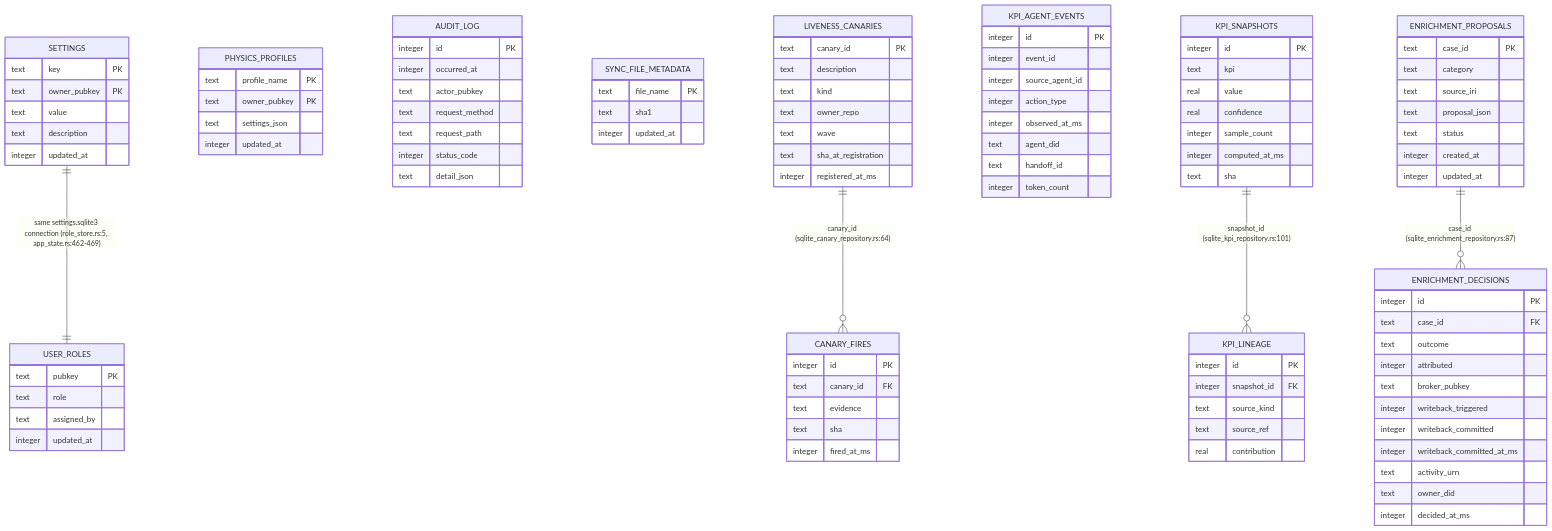
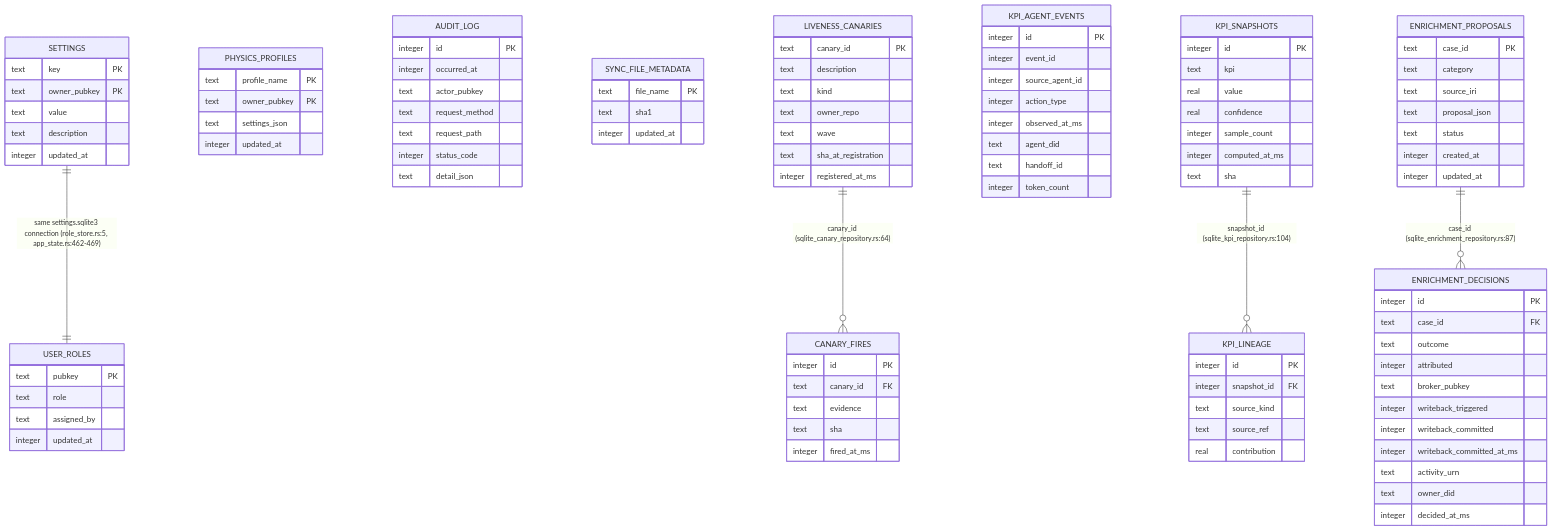
The second of 11 diagrams in docs/diagrams/visionclaw/22-data-authority-provenance-erasure.md (DreamLab-AI/VisionFlow), drawn with Mermaid before and after one commit. The commit also changed other lines of this file and 32 other files, not shown here.

````diff
--- a/docs/diagrams/visionclaw/22-data-authority-provenance-erasure.md
+++ b/docs/diagrams/visionclaw/22-data-authority-provenance-erasure.md
@@ -184,6 +186,6 @@
 
     ENRICHMENT_PROPOSALS ||--o{ ENRICHMENT_DECISIONS : "case_id (sqlite_enrichment_repository.rs:87)"
     LIVENESS_CANARIES ||--o{ CANARY_FIRES : "canary_id (sqlite_canary_repository.rs:64)"
-    KPI_SNAPSHOTS ||--o{ KPI_LINEAGE : "snapshot_id (sqlite_kpi_repository.rs:101)"
+    KPI_SNAPSHOTS ||--o{ KPI_LINEAGE : "snapshot_id (sqlite_kpi_repository.rs:104)"
     SETTINGS ||--|| USER_ROLES : "same settings.sqlite3 connection (role_store.rs:5, app_state.rs:462-469)"
 ```
````
